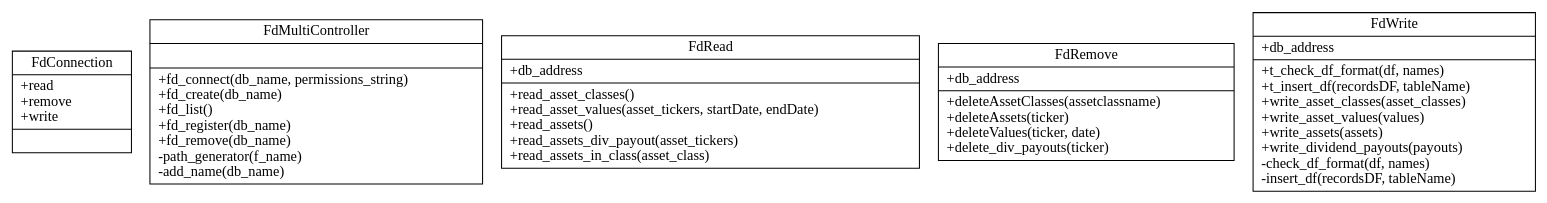
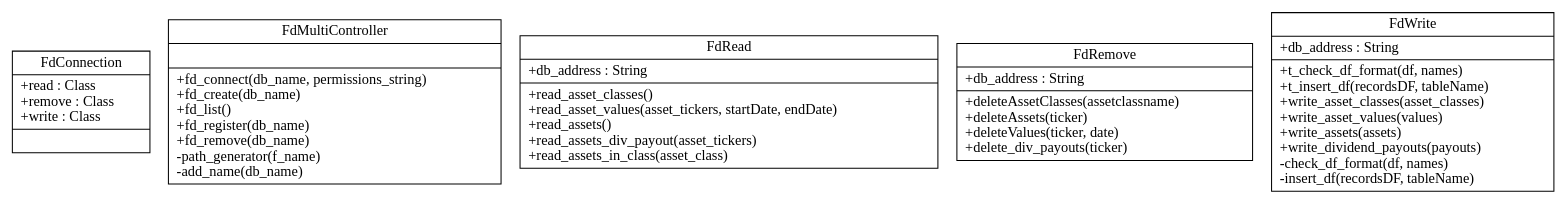
Before and after one commit to Veluga/Thalia-Backtesting-Tool: the diagram in Report/uml/classes_Finda.dot, drawn with Graphviz.

```diff
--- a/Report/uml/classes_Finda.dot
+++ b/Report/uml/classes_Finda.dot
@@ -1,9 +1,9 @@
 digraph "classes_Finda" {
 charset="utf-8"
 rankdir=BT
-"0" [label="{FdConnection|+read\l+remove\l+write\l|}", shape="record"];
+"0" [label="{FdConnection|+read : Class\l+remove : Class\l+write : Class\l|}", shape="record"];
 "1" [label="{FdMultiController|\l|+fd_connect(db_name, permissions_string)\l+fd_create(db_name)\l+fd_list()\l+fd_register(db_name)\l+fd_remove(db_name)\l-path_generator(f_name)\l-add_name(db_name)\l}", shape="record"];
-"2" [label="{FdRead|+db_address\l|+read_asset_classes()\l+read_asset_values(asset_tickers, startDate, endDate)\l+read_assets()\l+read_assets_div_payout(asset_tickers)\l+read_assets_in_class(asset_class)\l}", shape="record"];
-"3" [label="{FdRemove|+db_address\l|+deleteAssetClasses(assetclassname)\l+deleteAssets(ticker)\l+deleteValues(ticker, date)\l+delete_div_payouts(ticker)\l}", shape="record"];
-"4" [label="{FdWrite|+db_address\l|+t_check_df_format(df, names)\l+t_insert_df(recordsDF, tableName)\l+write_asset_classes(asset_classes)\l+write_asset_values(values)\l+write_assets(assets)\l+write_dividend_payouts(payouts)\l-check_df_format(df, names)\l-insert_df(recordsDF, tableName)\l}", shape="record"];
+"2" [label="{FdRead|+db_address : String\l|+read_asset_classes()\l+read_asset_values(asset_tickers, startDate, endDate)\l+read_assets()\l+read_assets_div_payout(asset_tickers)\l+read_assets_in_class(asset_class)\l}", shape="record"];
+"3" [label="{FdRemove|+db_address : String\l|+deleteAssetClasses(assetclassname)\l+deleteAssets(ticker)\l+deleteValues(ticker, date)\l+delete_div_payouts(ticker)\l}", shape="record"];
+"4" [label="{FdWrite|+db_address : String\l|+t_check_df_format(df, names)\l+t_insert_df(recordsDF, tableName)\l+write_asset_classes(asset_classes)\l+write_asset_values(values)\l+write_assets(assets)\l+write_dividend_payouts(payouts)\l-check_df_format(df, names)\l-insert_df(recordsDF, tableName)\l}", shape="record"];
 }
```
